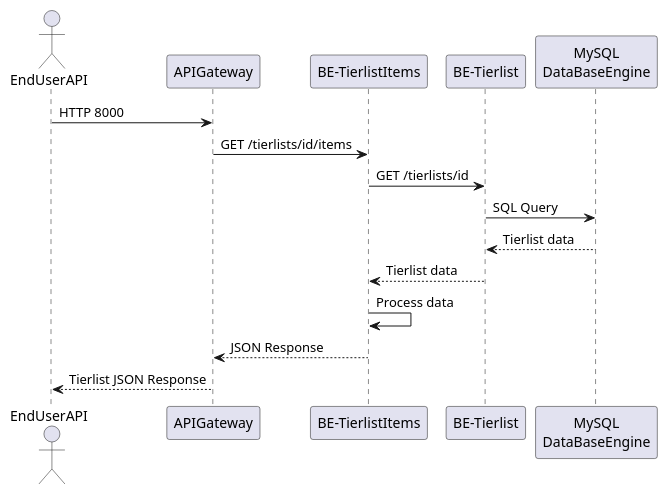
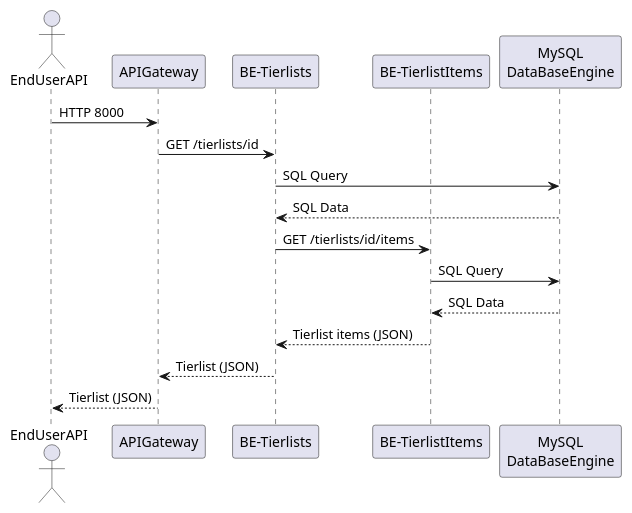
The diagram in docs/sequenceDiagram.puml (CPNV-VIR1/BE-MAKELIST), drawn with PlantUML before and after one commit.

Commit message:
docs: Updating sequence diagram

```diff
--- a/docs/sequenceDiagram.puml
+++ b/docs/sequenceDiagram.puml
@@ -1,17 +1,18 @@
 @startuml
 actor EndUserAPI
 participant "APIGateway" as APIGateway
+participant "BE-Tierlists" as BackendLists
 participant "BE-TierlistItems" as BackendItems
-participant "BE-Tierlist" as BackendList
 participant "MySQL\nDataBaseEngine" as MySQL
 
 EndUserAPI -> APIGateway : HTTP 8000
-APIGateway -> BackendItems : GET /tierlists/id/items
-BackendItems -> BackendList : GET /tierlists/id
-BackendList -> MySQL : SQL Query
-MySQL --> BackendList : Tierlist data
-BackendList --> BackendItems : Tierlist data
-BackendItems -> BackendItems : Process data
-BackendItems --> APIGateway : JSON Response
-APIGateway --> EndUserAPI : Tierlist JSON Response
+APIGateway -> BackendLists : GET /tierlists/id
+BackendLists -> MySQL : SQL Query
+BackendLists <-- MySQL : SQL Data
+BackendLists -> BackendItems : GET /tierlists/id/items
+BackendItems -> MySQL : SQL Query
+BackendItems <-- MySQL : SQL Data
+BackendItems --> BackendLists : Tierlist items (JSON)
+BackendLists --> APIGateway : Tierlist (JSON)
+APIGateway --> EndUserAPI : Tierlist (JSON)
 @enduml
```
